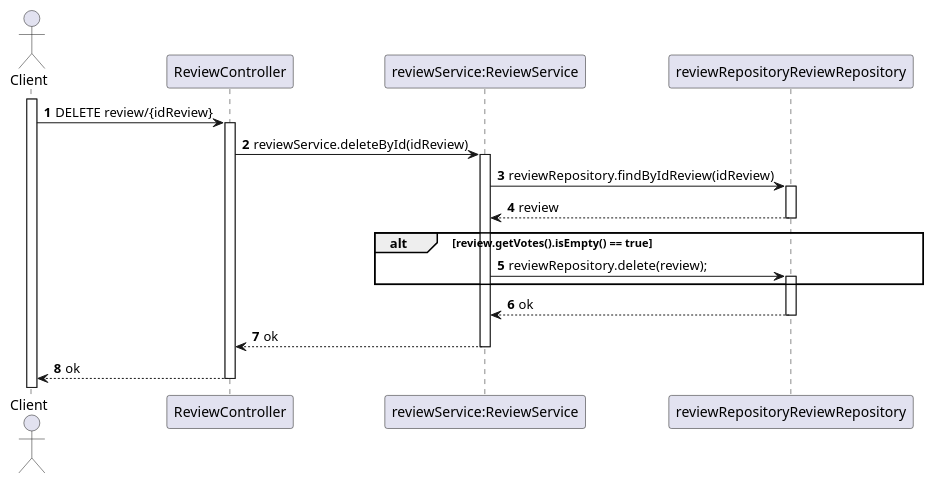
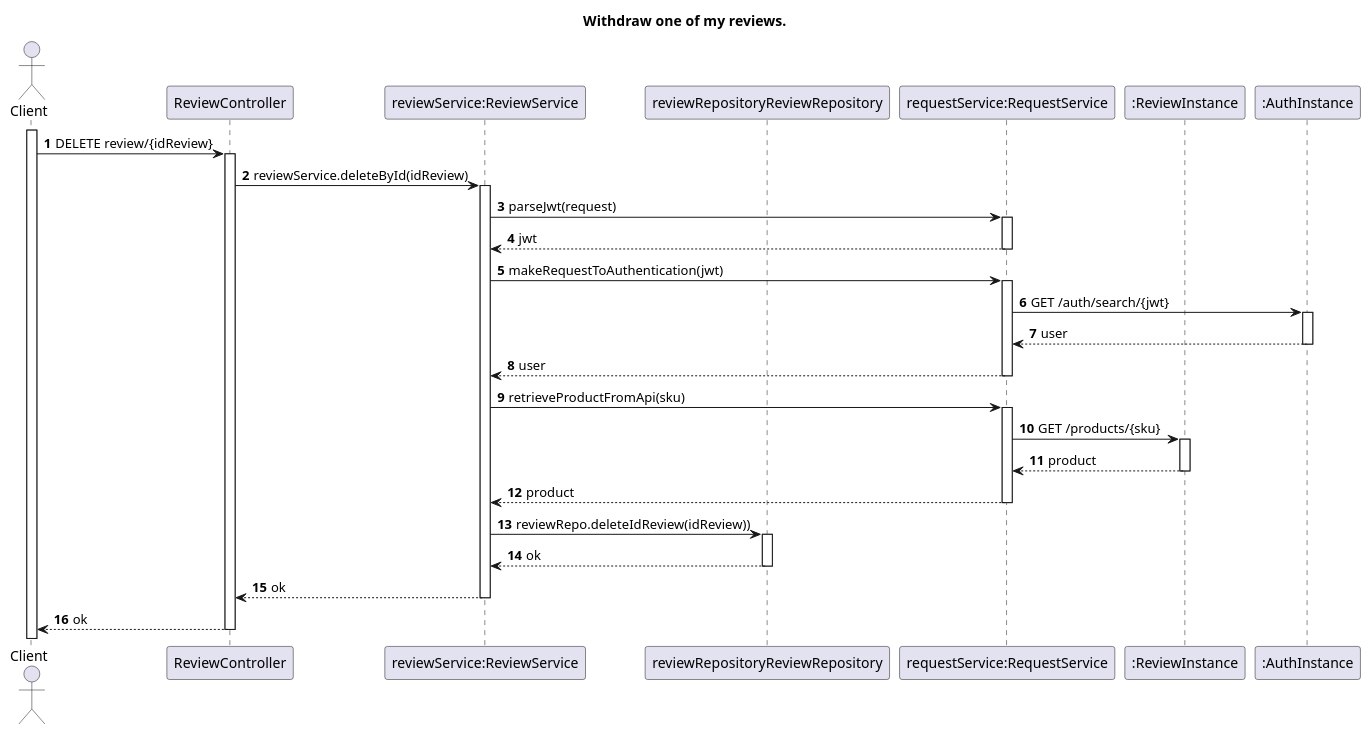
The diagram in Docs/US07-SD.puml (TiagoNora/SIDIS-Docs), drawn with PlantUML before and after one commit.

Commit message:
Alterar US07

```diff
--- a/Docs/US07-SD.puml
+++ b/Docs/US07-SD.puml
@@ -1,30 +1,42 @@
 @startuml
 'https://plantuml.com/sequence-diagram
 
-
+title Withdraw one of my reviews.
 autoactivate on
 autonumber
 
 actor "Client" as User
 participant "ReviewController" as Ctrl
 participant "reviewService:ReviewService" as service
 participant "reviewRepositoryReviewRepository" as repo
+participant "requestService:RequestService" as request
+participant ":ReviewInstance" as instance
+participant ":AuthInstance" as instanceAuth
 
 
 
 
 activate User
 User -> Ctrl : DELETE review/{idReview}
 Ctrl -> service : reviewService.deleteById(idReview)
-service -> repo : reviewRepository.findByIdReview(idReview)
-repo --> service: review
-alt review.getVotes().isEmpty() == true
-service -> repo : reviewRepository.delete(review);
-end
+
+service -> request : parseJwt(request)
+request --> service: jwt
+service -> request: makeRequestToAuthentication(jwt)
+request -> instanceAuth: GET /auth/search/{jwt}
+instanceAuth --> request: user
+request --> service: user
+
+service -> request:retrieveProductFromApi(sku)
+request -> instance: GET /products/{sku}
+instance --> request: product
+request --> service: product
+service -> repo: reviewRepo.deleteIdReview(idReview))
+
 repo --> service: ok
 service --> Ctrl: ok
 Ctrl --> User: ok
 
 
 
 @enduml
```
